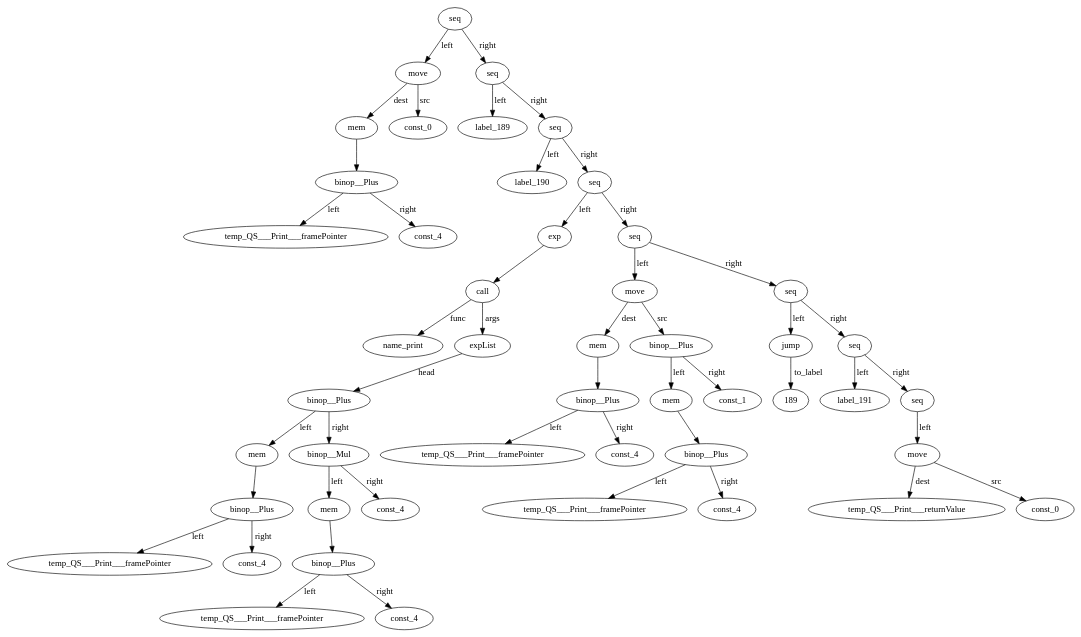
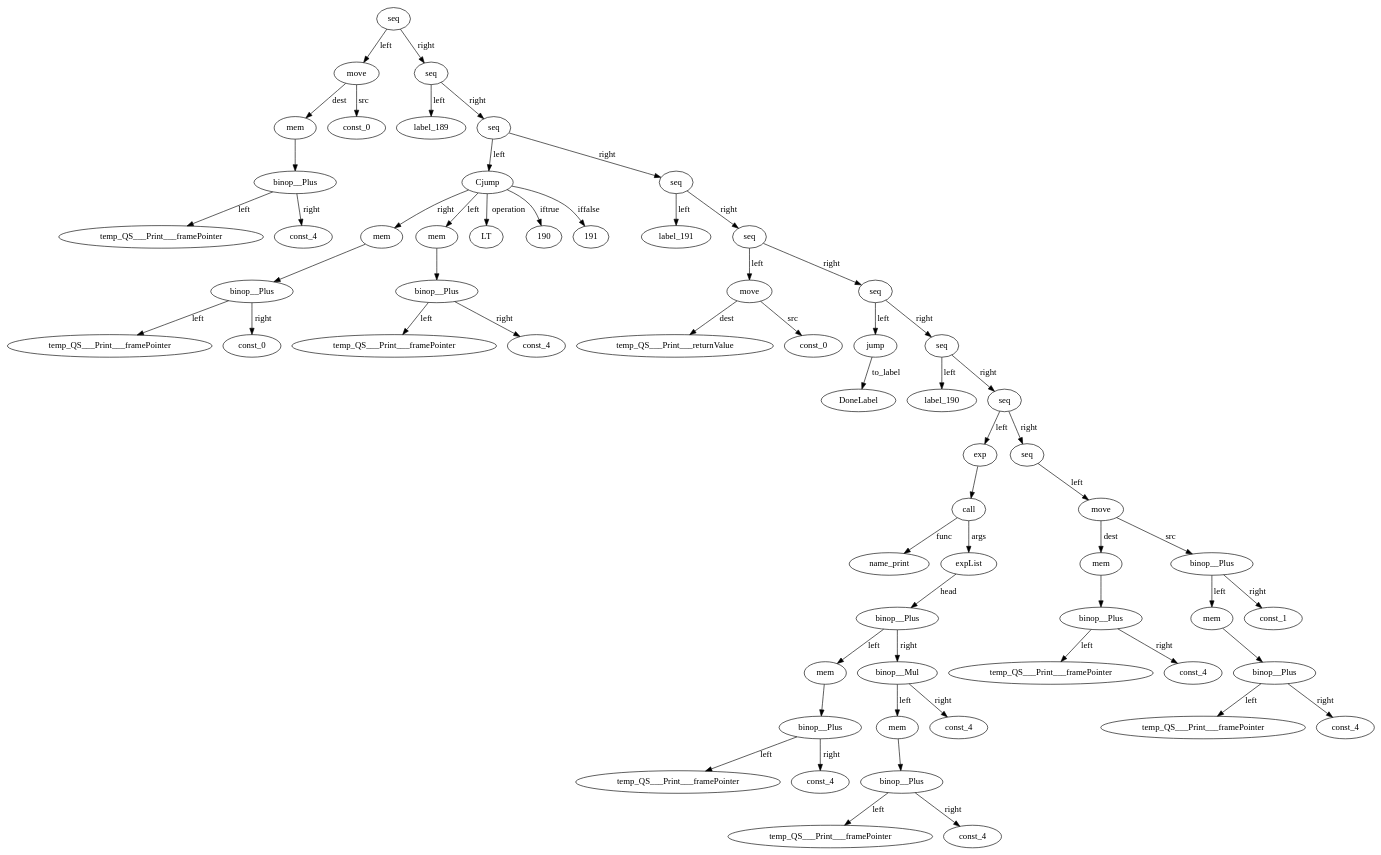
Before and after one commit to AnnaSavinova/GirlsHeapCompiler: the diagram in Compiler/Compiler/IRTree_QS___Print.dot, drawn with Graphviz. The commit also changed 2 other files, not shown here.

Commit message:
cjump fix

```diff
--- a/Compiler/Compiler/IRTree_QS___Print.dot
+++ b/Compiler/Compiler/IRTree_QS___Print.dot
@@ -1,97 +1,120 @@
 digraph {
 temp_QS___Print___framePointer__id_0 [ label="temp_QS___Print___framePointer" ]; 
 const_4__id_1 [ label="const_4" ]; 
 binop__Plus__id_2 [ label="binop__Plus" ]; 
 binop__Plus__id_2 -> const_4__id_1 [ label="right"] ; 
 binop__Plus__id_2 -> temp_QS___Print___framePointer__id_0 [ label="left"] ; 
 mem__id_3 [ label="mem" ]; 
 mem__id_3 -> binop__Plus__id_2 ; 
 const_0__id_4 [ label="const_0" ]; 
 move__id_5 [ label="move" ]; 
 move__id_5 -> mem__id_3 [ label="dest"] ; 
 move__id_5 -> const_0__id_4 [ label="src"] ; 
 label_189__id_6 [ label="label_189" ]; 
-label_190__id_7 [ label="label_190" ]; 
-name_print__id_8 [ label="name_print" ]; 
-temp_QS___Print___framePointer__id_9 [ label="temp_QS___Print___framePointer" ]; 
-const_4__id_10 [ label="const_4" ]; 
-binop__Plus__id_11 [ label="binop__Plus" ]; 
-binop__Plus__id_11 -> const_4__id_10 [ label="right"] ; 
-binop__Plus__id_11 -> temp_QS___Print___framePointer__id_9 [ label="left"] ; 
-mem__id_12 [ label="mem" ]; 
-mem__id_12 -> binop__Plus__id_11 ; 
-temp_QS___Print___framePointer__id_13 [ label="temp_QS___Print___framePointer" ]; 
-const_4__id_14 [ label="const_4" ]; 
-binop__Plus__id_15 [ label="binop__Plus" ]; 
-binop__Plus__id_15 -> const_4__id_14 [ label="right"] ; 
-binop__Plus__id_15 -> temp_QS___Print___framePointer__id_13 [ label="left"] ; 
-mem__id_16 [ label="mem" ]; 
-mem__id_16 -> binop__Plus__id_15 ; 
-const_4__id_17 [ label="const_4" ]; 
-binop__Mul__id_18 [ label="binop__Mul" ]; 
-binop__Mul__id_18 -> const_4__id_17 [ label="right"] ; 
-binop__Mul__id_18 -> mem__id_16 [ label="left"] ; 
-binop__Plus__id_19 [ label="binop__Plus" ]; 
-binop__Plus__id_19 -> binop__Mul__id_18 [ label="right"] ; 
-binop__Plus__id_19 -> mem__id_12 [ label="left"] ; 
-expList__id_20 [ label="expList" ]; 
-expList__id_20 -> binop__Plus__id_19 [ label="head"] ; 
-call__id_21 [ label="call" ]; 
-call__id_21 -> name_print__id_8 [ label="func"] ; 
-call__id_21 -> expList__id_20 [ label="args"] ; 
-exp__id_22 [ label="exp" ]; 
-exp__id_22 -> call__id_21 ; 
+temp_QS___Print___framePointer__id_7 [ label="temp_QS___Print___framePointer" ]; 
+const_0__id_8 [ label="const_0" ]; 
+binop__Plus__id_9 [ label="binop__Plus" ]; 
+binop__Plus__id_9 -> const_0__id_8 [ label="right"] ; 
+binop__Plus__id_9 -> temp_QS___Print___framePointer__id_7 [ label="left"] ; 
+mem__id_10 [ label="mem" ]; 
+mem__id_10 -> binop__Plus__id_9 ; 
+temp_QS___Print___framePointer__id_11 [ label="temp_QS___Print___framePointer" ]; 
+const_4__id_12 [ label="const_4" ]; 
+binop__Plus__id_13 [ label="binop__Plus" ]; 
+binop__Plus__id_13 -> const_4__id_12 [ label="right"] ; 
+binop__Plus__id_13 -> temp_QS___Print___framePointer__id_11 [ label="left"] ; 
+mem__id_14 [ label="mem" ]; 
+mem__id_14 -> binop__Plus__id_13 ; 
+Cjump__id_15 [ label="Cjump" ]; 
+Cjump__id_15 -> mem__id_10 [ label="right"] ; 
+Cjump__id_15 -> mem__id_14 [ label="left"] ; 
+Cjump__id_15 -> LT [ label="operation"] ; 
+Cjump__id_15 -> 190 [ label="iftrue"] ; 
+Cjump__id_15 -> 191 [ label="iffalse"] ; 
+label_191__id_16 [ label="label_191" ]; 
+temp_QS___Print___returnValue__id_17 [ label="temp_QS___Print___returnValue" ]; 
+const_0__id_18 [ label="const_0" ]; 
+move__id_19 [ label="move" ]; 
+move__id_19 -> temp_QS___Print___returnValue__id_17 [ label="dest"] ; 
+move__id_19 -> const_0__id_18 [ label="src"] ; 
+jump__id_20 [ label="jump" ]; 
+jump__id_20 -> DoneLabel [ label="to_label"] ; 
+label_190__id_21 [ label="label_190" ]; 
+name_print__id_22 [ label="name_print" ]; 
 temp_QS___Print___framePointer__id_23 [ label="temp_QS___Print___framePointer" ]; 
 const_4__id_24 [ label="const_4" ]; 
 binop__Plus__id_25 [ label="binop__Plus" ]; 
 binop__Plus__id_25 -> const_4__id_24 [ label="right"] ; 
 binop__Plus__id_25 -> temp_QS___Print___framePointer__id_23 [ label="left"] ; 
 mem__id_26 [ label="mem" ]; 
 mem__id_26 -> binop__Plus__id_25 ; 
 temp_QS___Print___framePointer__id_27 [ label="temp_QS___Print___framePointer" ]; 
 const_4__id_28 [ label="const_4" ]; 
 binop__Plus__id_29 [ label="binop__Plus" ]; 
 binop__Plus__id_29 -> const_4__id_28 [ label="right"] ; 
 binop__Plus__id_29 -> temp_QS___Print___framePointer__id_27 [ label="left"] ; 
 mem__id_30 [ label="mem" ]; 
 mem__id_30 -> binop__Plus__id_29 ; 
-const_1__id_31 [ label="const_1" ]; 
-binop__Plus__id_32 [ label="binop__Plus" ]; 
-binop__Plus__id_32 -> const_1__id_31 [ label="right"] ; 
-binop__Plus__id_32 -> mem__id_30 [ label="left"] ; 
-move__id_33 [ label="move" ]; 
-move__id_33 -> mem__id_26 [ label="dest"] ; 
-move__id_33 -> binop__Plus__id_32 [ label="src"] ; 
-jump__id_34 [ label="jump" ]; 
-jump__id_34 -> 189 [ label="to_label"] ; 
-label_191__id_35 [ label="label_191" ]; 
-temp_QS___Print___returnValue__id_36 [ label="temp_QS___Print___returnValue" ]; 
-const_0__id_37 [ label="const_0" ]; 
-move__id_38 [ label="move" ]; 
-move__id_38 -> temp_QS___Print___returnValue__id_36 [ label="dest"] ; 
-move__id_38 -> const_0__id_37 [ label="src"] ; 
-seq__id_39 [ label="seq" ]; 
-seq__id_39 -> move__id_38 [ label="left"] ; 
-seq__id_40 [ label="seq" ]; 
-seq__id_40 -> label_191__id_35 [ label="left"] ; 
-seq__id_40 -> seq__id_39 [ label="right"] ; 
-seq__id_41 [ label="seq" ]; 
-seq__id_41 -> jump__id_34 [ label="left"] ; 
-seq__id_41 -> seq__id_40 [ label="right"] ; 
-seq__id_42 [ label="seq" ]; 
-seq__id_42 -> move__id_33 [ label="left"] ; 
-seq__id_42 -> seq__id_41 [ label="right"] ; 
-seq__id_43 [ label="seq" ]; 
-seq__id_43 -> exp__id_22 [ label="left"] ; 
-seq__id_43 -> seq__id_42 [ label="right"] ; 
-seq__id_44 [ label="seq" ]; 
-seq__id_44 -> label_190__id_7 [ label="left"] ; 
-seq__id_44 -> seq__id_43 [ label="right"] ; 
-seq__id_45 [ label="seq" ]; 
-seq__id_45 -> label_189__id_6 [ label="left"] ; 
-seq__id_45 -> seq__id_44 [ label="right"] ; 
-seq__id_46 [ label="seq" ]; 
-seq__id_46 -> move__id_5 [ label="left"] ; 
-seq__id_46 -> seq__id_45 [ label="right"] ; 
+const_4__id_31 [ label="const_4" ]; 
+binop__Mul__id_32 [ label="binop__Mul" ]; 
+binop__Mul__id_32 -> const_4__id_31 [ label="right"] ; 
+binop__Mul__id_32 -> mem__id_30 [ label="left"] ; 
+binop__Plus__id_33 [ label="binop__Plus" ]; 
+binop__Plus__id_33 -> binop__Mul__id_32 [ label="right"] ; 
+binop__Plus__id_33 -> mem__id_26 [ label="left"] ; 
+expList__id_34 [ label="expList" ]; 
+expList__id_34 -> binop__Plus__id_33 [ label="head"] ; 
+call__id_35 [ label="call" ]; 
+call__id_35 -> name_print__id_22 [ label="func"] ; 
+call__id_35 -> expList__id_34 [ label="args"] ; 
+exp__id_36 [ label="exp" ]; 
+exp__id_36 -> call__id_35 ; 
+temp_QS___Print___framePointer__id_37 [ label="temp_QS___Print___framePointer" ]; 
+const_4__id_38 [ label="const_4" ]; 
+binop__Plus__id_39 [ label="binop__Plus" ]; 
+binop__Plus__id_39 -> const_4__id_38 [ label="right"] ; 
+binop__Plus__id_39 -> temp_QS___Print___framePointer__id_37 [ label="left"] ; 
+mem__id_40 [ label="mem" ]; 
+mem__id_40 -> binop__Plus__id_39 ; 
+temp_QS___Print___framePointer__id_41 [ label="temp_QS___Print___framePointer" ]; 
+const_4__id_42 [ label="const_4" ]; 
+binop__Plus__id_43 [ label="binop__Plus" ]; 
+binop__Plus__id_43 -> const_4__id_42 [ label="right"] ; 
+binop__Plus__id_43 -> temp_QS___Print___framePointer__id_41 [ label="left"] ; 
+mem__id_44 [ label="mem" ]; 
+mem__id_44 -> binop__Plus__id_43 ; 
+const_1__id_45 [ label="const_1" ]; 
+binop__Plus__id_46 [ label="binop__Plus" ]; 
+binop__Plus__id_46 -> const_1__id_45 [ label="right"] ; 
+binop__Plus__id_46 -> mem__id_44 [ label="left"] ; 
+move__id_47 [ label="move" ]; 
+move__id_47 -> mem__id_40 [ label="dest"] ; 
+move__id_47 -> binop__Plus__id_46 [ label="src"] ; 
+seq__id_48 [ label="seq" ]; 
+seq__id_48 -> move__id_47 [ label="left"] ; 
+seq__id_49 [ label="seq" ]; 
+seq__id_49 -> exp__id_36 [ label="left"] ; 
+seq__id_49 -> seq__id_48 [ label="right"] ; 
+seq__id_50 [ label="seq" ]; 
+seq__id_50 -> label_190__id_21 [ label="left"] ; 
+seq__id_50 -> seq__id_49 [ label="right"] ; 
+seq__id_51 [ label="seq" ]; 
+seq__id_51 -> jump__id_20 [ label="left"] ; 
+seq__id_51 -> seq__id_50 [ label="right"] ; 
+seq__id_52 [ label="seq" ]; 
+seq__id_52 -> move__id_19 [ label="left"] ; 
+seq__id_52 -> seq__id_51 [ label="right"] ; 
+seq__id_53 [ label="seq" ]; 
+seq__id_53 -> label_191__id_16 [ label="left"] ; 
+seq__id_53 -> seq__id_52 [ label="right"] ; 
+seq__id_54 [ label="seq" ]; 
+seq__id_54 -> Cjump__id_15 [ label="left"] ; 
+seq__id_54 -> seq__id_53 [ label="right"] ; 
+seq__id_55 [ label="seq" ]; 
+seq__id_55 -> label_189__id_6 [ label="left"] ; 
+seq__id_55 -> seq__id_54 [ label="right"] ; 
+seq__id_56 [ label="seq" ]; 
+seq__id_56 -> move__id_5 [ label="left"] ; 
+seq__id_56 -> seq__id_55 [ label="right"] ; 
 
 }
```
